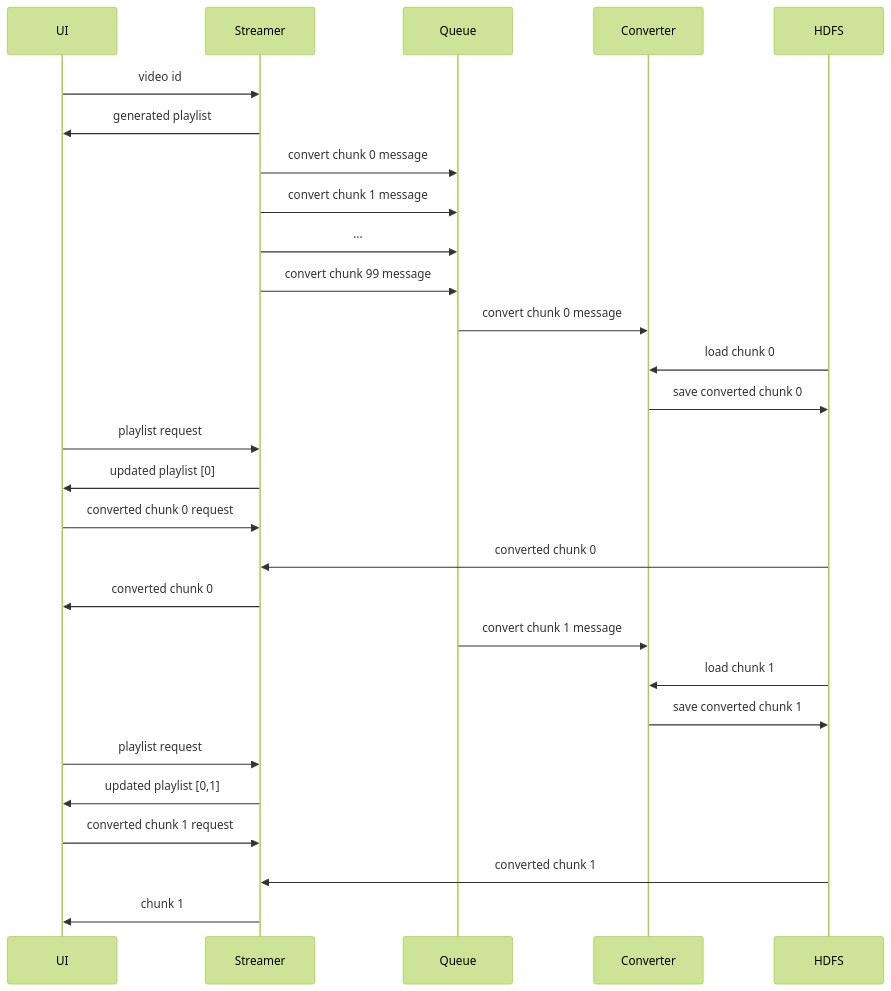
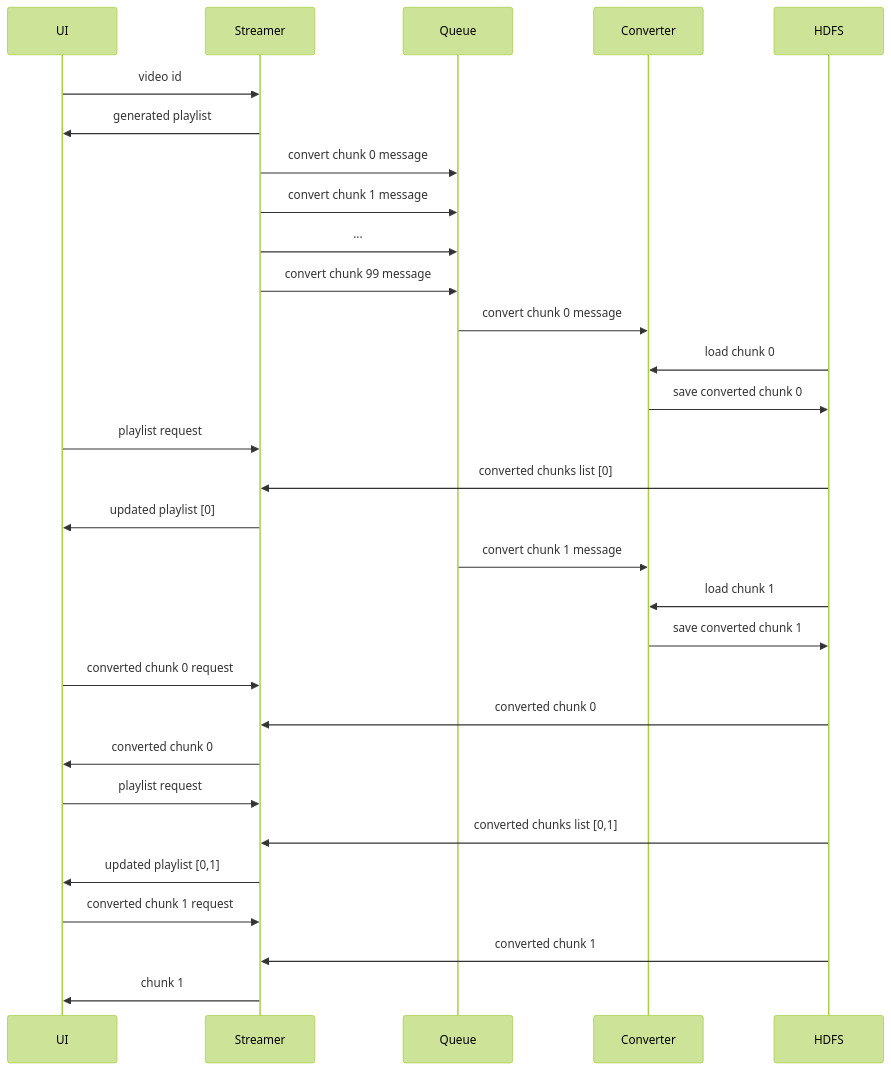
One commit to yaronjl123/hls_streamer changed the diagram in README.md. Above: the diagram before and after it, drawn with Mermaid (forest theme). The commit also changed other lines of this file and 1 other file, not shown here.

````diff
--- a/README.md
+++ b/README.md
@@ -3,33 +6,35 @@
 ```mermaid
 sequenceDiagram
     participant UI
     participant Streamer
     participant Queue
     participant Converter
     participant HDFS
 
 
 
 UI->>Streamer: video id 
 Streamer->> UI: generated playlist 
 Streamer->> Queue: convert chunk 0 message
 Streamer->> Queue: convert chunk 1 message
 Streamer->> Queue: ...
 Streamer->> Queue: convert chunk 99 message
 Queue->> Converter: convert chunk 0 message
 HDFS->> Converter: load chunk 0
 Converter->> HDFS: save converted chunk 0
 UI->>Streamer: playlist request
+HDFS->> Streamer: converted chunks list [0]
 Streamer->> UI: updated playlist  [0]
+Queue->> Converter: convert chunk 1 message
+HDFS->> Converter: load chunk 1
+Converter->> HDFS: save converted chunk 1
 UI->> Streamer: converted chunk 0 request
 HDFS->> Streamer: converted chunk 0
 Streamer->> UI: converted chunk 0
-Queue->> Converter: convert chunk 1 message
-HDFS->> Converter: load chunk 1
-Converter->> HDFS: save converted chunk 1
 UI->> Streamer: playlist request
+HDFS->> Streamer: converted chunks list [0,1]
 Streamer->> UI: updated playlist [0,1]
 UI->> Streamer: converted chunk 1 request
 HDFS->> Streamer: converted chunk 1
 Streamer->> UI: chunk 1
 ```
````
